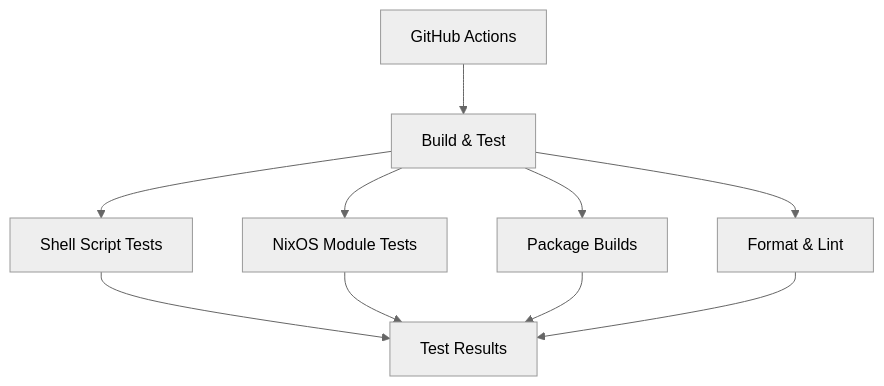
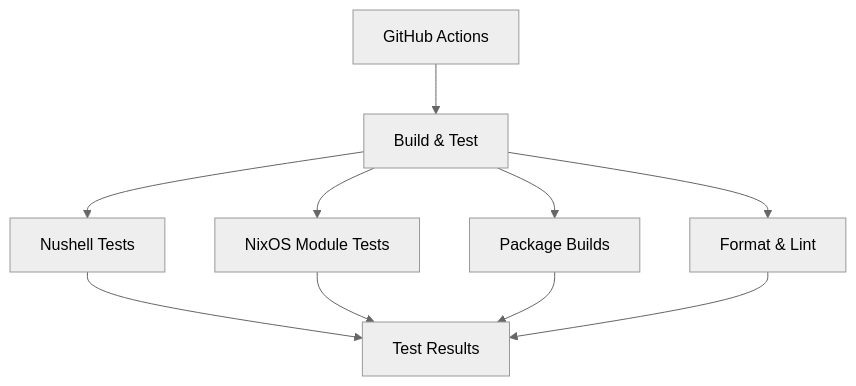
The fourth of 4 diagrams in docs/ARCHITECTURE.md (Hydepwns/nix-mox), drawn with Mermaid (neutral theme) before and after one commit. The commit also changed other lines of this file and 51 other files, not shown here.

Commit message:
refactor: migrate from shell scripts to nushell - Convert all shell scripts to nushell (.nu), add nushell-specific libraries and handlers, update documentation, reorganize test structure, and update flake.nix

````diff
--- a/docs/ARCHITECTURE.md
+++ b/docs/ARCHITECTURE.md
@@ -123,12 +123,12 @@
 ```mermaid
 graph TD
     A[GitHub Actions] --> B[Build & Test]
-    B --> C[Shell Script Tests]
+    B --> C[Nushell Tests]
     B --> D[NixOS Module Tests]
     B --> E[Package Builds]
     B --> F[Format & Lint]
     C --> G[Test Results]
     D --> G
     E --> G
     F --> G
 ```
````
